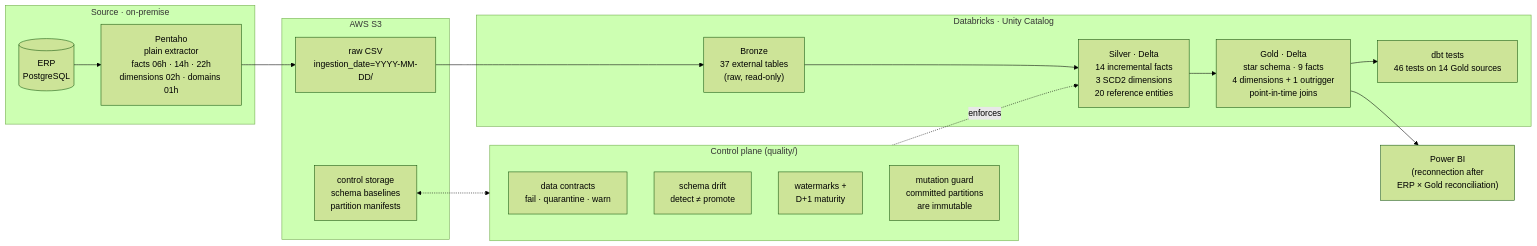
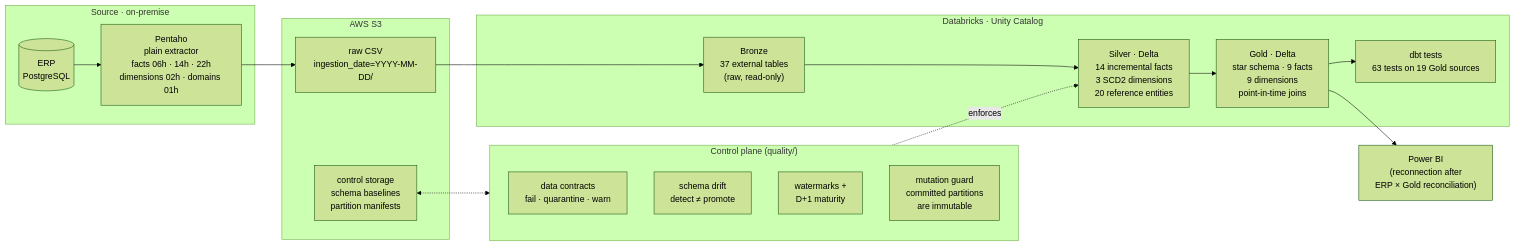
Before and after one commit to zaraluz/varejinho-data-platform: the first of 2 diagrams in README.md, drawn with Mermaid (forest theme). The commit also changed other lines of this file, not shown here.

Commit message:
docs(readme): describe the star schema Gold model and its measured gates

````diff
--- a/README.md
+++ b/README.md
@@ -46,33 +46,33 @@
 ```mermaid
 flowchart LR
     subgraph SRC["Source · on-premise"]
         ERP[("ERP<br/>PostgreSQL")]
         PDI["Pentaho<br/>plain extractor<br/>facts 06h · 14h · 22h<br/>dimensions 02h · domains 01h"]
         ERP --> PDI
     end
 
     subgraph AWS["AWS S3"]
         RAW["raw CSV<br/>ingestion_date=YYYY-MM-DD/"]
         CTL["control storage<br/>schema baselines<br/>partition manifests"]
     end
 
     subgraph DBX["Databricks · Unity Catalog"]
         BR["Bronze<br/>37 external tables<br/>(raw, read-only)"]
         SI["Silver · Delta<br/>14 incremental facts<br/>3 SCD2 dimensions<br/>20 reference entities"]
-        GO["Gold · Delta<br/>star schema · 9 facts<br/>4 dimensions + 1 outrigger<br/>point-in-time joins"]
-        DBT["dbt tests<br/>46 tests on 14 Gold sources"]
+        GO["Gold · Delta<br/>star schema · 9 facts<br/>9 dimensions<br/>point-in-time joins"]
+        DBT["dbt tests<br/>63 tests on 19 Gold sources"]
         BR --> SI --> GO --> DBT
     end
 
     subgraph CP["Control plane (quality/)"]
         C1["data contracts<br/>fail · quarantine · warn"]
         C2["schema drift<br/>detect ≠ promote"]
         C3["watermarks +<br/>D+1 maturity"]
         C4["mutation guard<br/>committed partitions<br/>are immutable"]
     end
 
     PDI --> RAW --> BR
     CP -.enforces.-> SI
     CTL <-.-> CP
     GO --> BI["Power BI<br/>(reconnection after<br/>ERP × Gold reconciliation)"]
 ```
````
